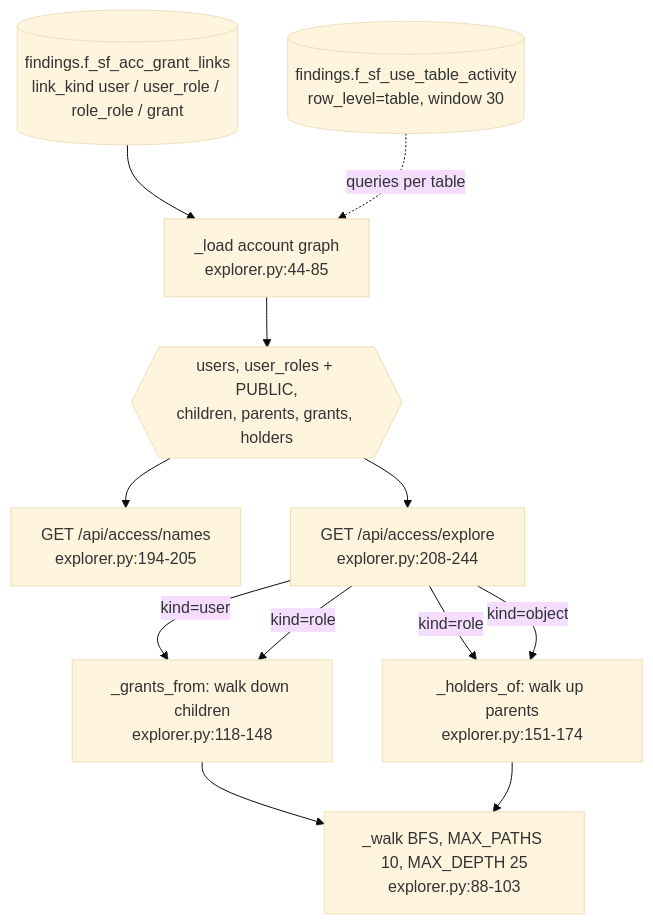
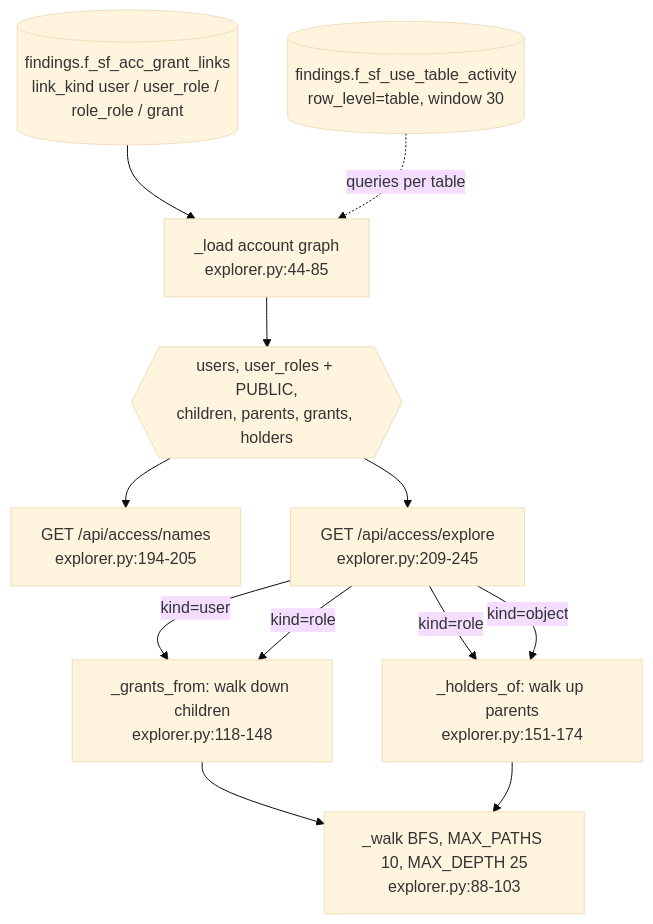
Before and after one commit to darshanmeel/snowflake-audit-app: the diagram in snowflake-audit-app-knowledge-graph/logic/access-explorer.md, drawn with Mermaid (base theme). The commit also changed 191 other files, not shown here.

First line of the commit message:
Fix remaining review findings; update graph and docs

````diff
--- a/snowflake-audit-app-knowledge-graph/logic/access-explorer.md
+++ b/snowflake-audit-app-knowledge-graph/logic/access-explorer.md
@@ -7,14 +7,14 @@
 ```mermaid
 flowchart TD
   T[(findings.f_sf_acc_grant_links<br/>link_kind user / user_role / role_role / grant)] --> L[_load account graph<br/>explorer.py:44-85]
   A[(findings.f_sf_use_table_activity<br/>row_level=table, window 30)] -. queries per table .-> L
   L --> G{{users, user_roles + PUBLIC,<br/>children, parents, grants, holders}}
   G --> N[GET /api/access/names<br/>explorer.py:194-205]
-  G --> E[GET /api/access/explore<br/>explorer.py:208-244]
+  G --> E[GET /api/access/explore<br/>explorer.py:209-245]
   E -->|kind=user| GF[_grants_from: walk down children<br/>explorer.py:118-148]
   E -->|kind=role| GF
   E -->|kind=role| HO[_holders_of: walk up parents<br/>explorer.py:151-174]
   E -->|kind=object| HO
   GF --> W[_walk BFS, MAX_PATHS 10, MAX_DEPTH 25<br/>explorer.py:88-103]
   HO --> W
 ```
````
